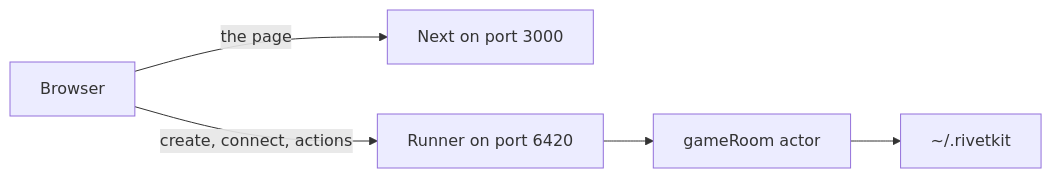
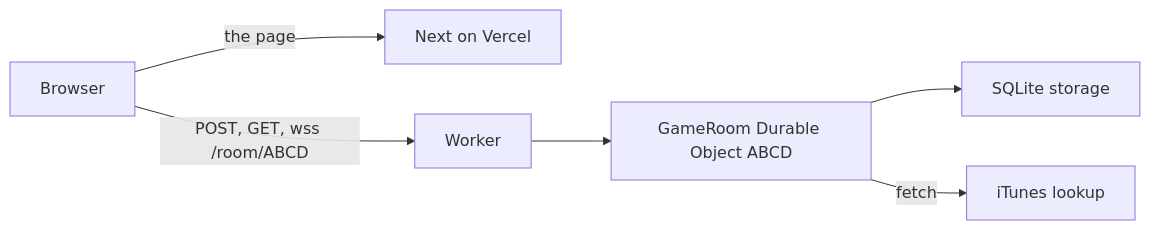
The diagram in doodle-bars/docs/architecture.md (mittal-parth/experiments), drawn with Mermaid before and after one commit. The commit also changed other lines of this file and 33 other files, not shown here.

````diff
--- a/doodle-bars/docs/architecture.md
+++ b/doodle-bars/docs/architecture.md
@@ -11,7 +11,8 @@
 ```mermaid
 flowchart LR
-  browser["Browser"] -->|"the page"| next["Next on port 3000"]
-  browser -->|"create, connect, actions"| runner["Runner on port 6420"]
-  runner --> actor["gameRoom actor"]
-  actor --> disk["~/.rivetkit"]
+  browser["Browser"] -->|"the page"| next["Next on Vercel"]
+  browser -->|"POST, GET, wss /room/ABCD"| worker["Worker"]
+  worker --> room["GameRoom Durable Object ABCD"]
+  room --> sqlite["SQLite storage"]
+  room -->|"fetch"| itunes["iTunes lookup"]
 ```
````
